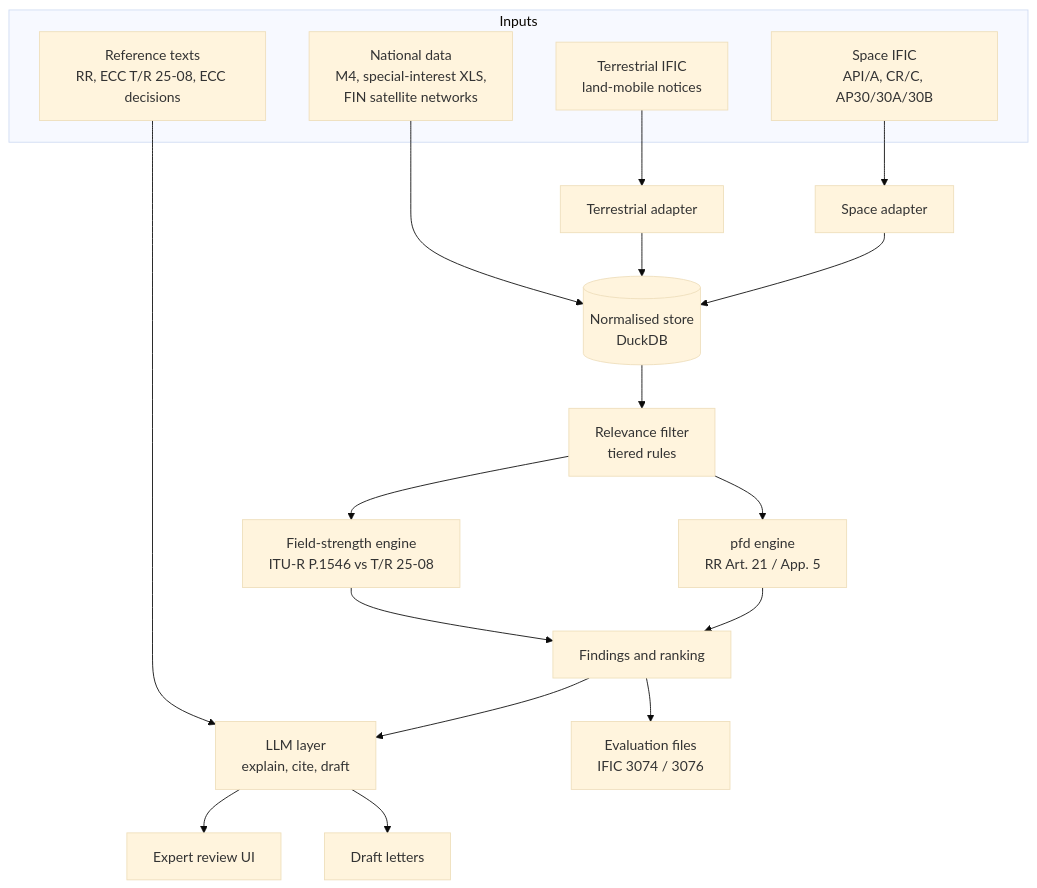
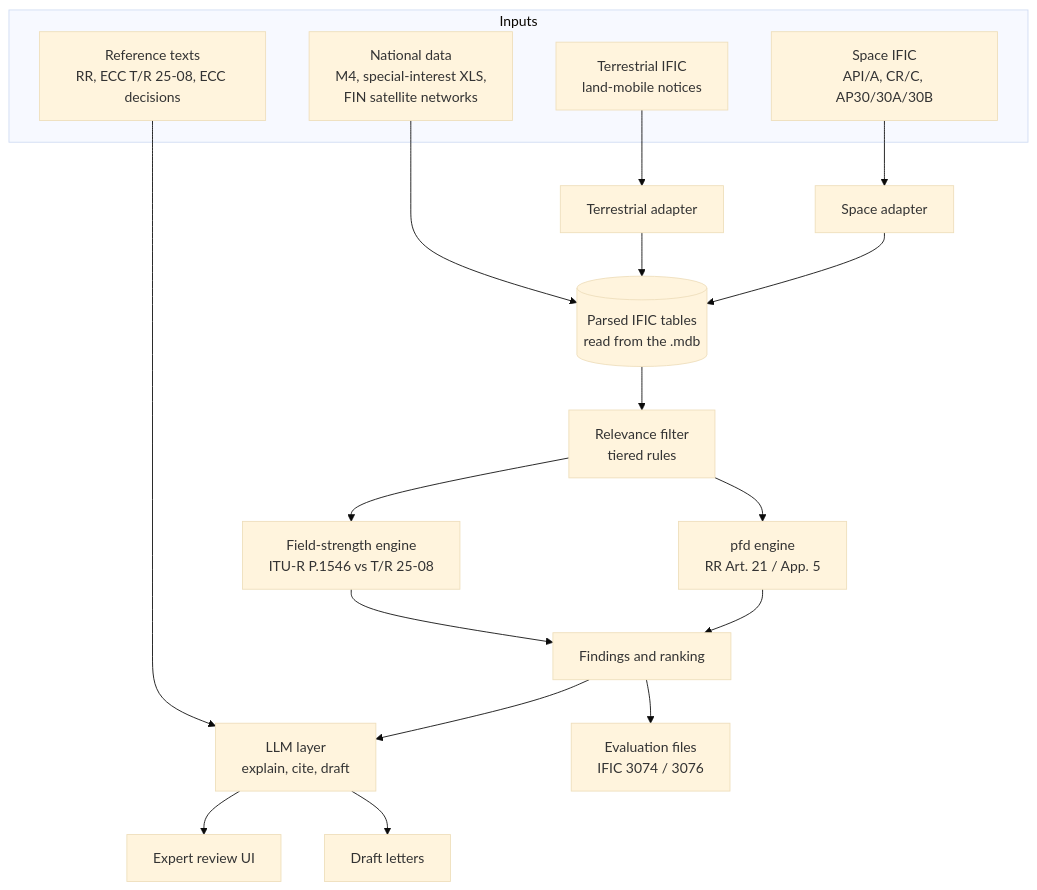
The diagram in ARCHITECTURE.md (KH4St3H/taivas-guard), drawn with Mermaid (base theme) before and after one commit. The commit also changed other lines of this file and 4 other files, not shown here.

First line of the commit message:
Add the README and demo script, and update the architecture docs

````diff
--- a/ARCHITECTURE.md
+++ b/ARCHITECTURE.md
@@ -31,28 +31,28 @@
 ```mermaid
 flowchart TD
     subgraph Inputs
         S[Space IFIC<br/>API/A, CR/C, AP30/30A/30B]
         T[Terrestrial IFIC<br/>land-mobile notices]
         N[National data<br/>M4, special-interest XLS,<br/>FIN satellite networks]
         R[Reference texts<br/>RR, ECC T/R 25-08, ECC decisions]
     end
 
     S --> SA[Space adapter]
     T --> TA[Terrestrial adapter]
-    SA --> DB[(Normalised store<br/>DuckDB)]
+    SA --> DB[(Parsed IFIC tables<br/>read from the .mdb)]
     TA --> DB
     N --> DB
 
     DB --> F[Relevance filter<br/>tiered rules]
     F --> PE[pfd engine<br/>RR Art. 21 / App. 5]
     F --> FE[Field-strength engine<br/>ITU-R P.1546 vs T/R 25-08]
     PE --> RK[Findings and ranking]
     FE --> RK
 
     RK --> LLM[LLM layer<br/>explain, cite, draft]
     R --> LLM
 
     LLM --> UI[Expert review UI]
     LLM --> LET[Draft letters]
     RK --> EVAL[Evaluation files<br/>IFIC 3074 / 3076]
 ```
````
